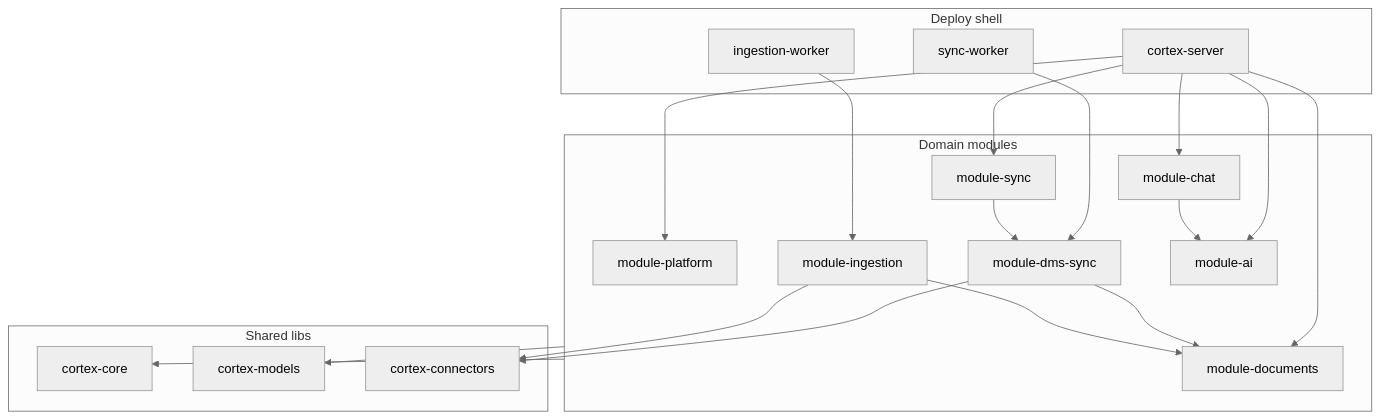
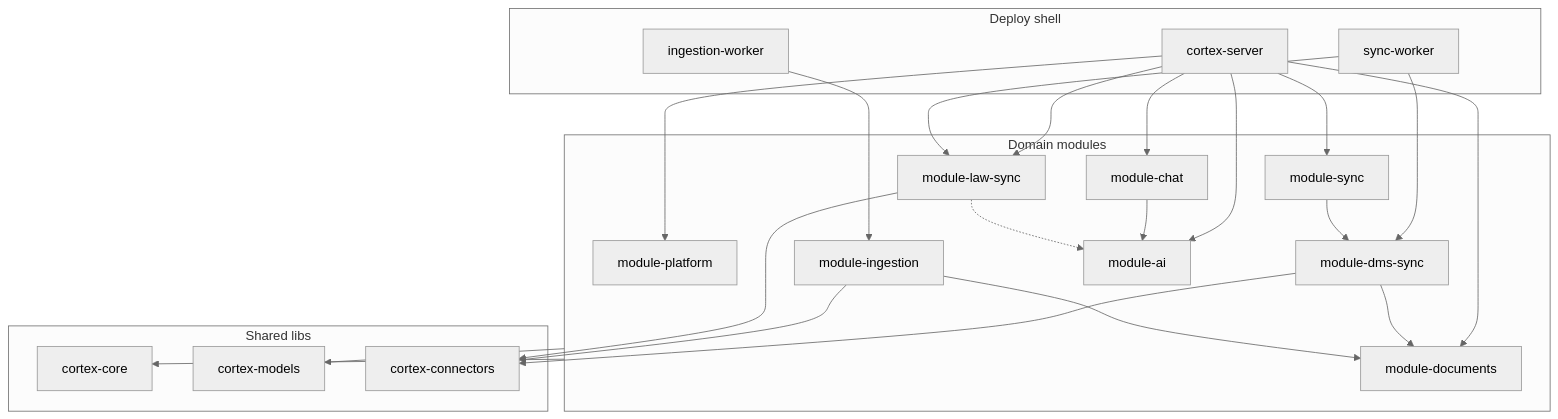
Before and after one commit to MilosVu/arhitektura-monolit: the diagram in docs/engineering/architecture/module-boundaries.md, drawn with Mermaid (neutral theme). The commit also changed other lines of this file and 44 other files, not shown here.

First line of the commit message:
Add module-law-sync for Swiss law corpus synchronization

````diff
--- a/docs/engineering/architecture/module-boundaries.md
+++ b/docs/engineering/architecture/module-boundaries.md
@@ -9,42 +10,47 @@
 ```mermaid
 flowchart TB
   subgraph apps [Deploy shell]
     Server[cortex-server]
     SyncWorker[sync-worker]
     IngestWorker[ingestion-worker]
   end
 
   subgraph modules [Domain modules]
     Platform[module-platform]
     Documents[module-documents]
     Chat[module-chat]
     SyncMod[module-sync]
     DmsSync[module-dms-sync]
     Ingestion[module-ingestion]
+    LawSync[module-law-sync]
     AI[module-ai]
   end
 
   subgraph libs [Shared libs]
     Core[cortex-core]
     Models[cortex-models]
     Connectors[cortex-connectors]
   end
 
   Server --> Platform
   Server --> Documents
   Server --> Chat
   Server --> SyncMod
+  Server --> LawSync
   Server --> AI
   SyncWorker --> DmsSync
+  SyncWorker --> LawSync
   IngestWorker --> Ingestion
 
   SyncMod --> DmsSync
   DmsSync --> Documents
   Ingestion --> Documents
   Chat --> AI
+  LawSync -.-> AI
 
   modules --> Core
   modules --> Models
   DmsSync --> Connectors
   Ingestion --> Connectors
+  LawSync --> Connectors
 ```
````
